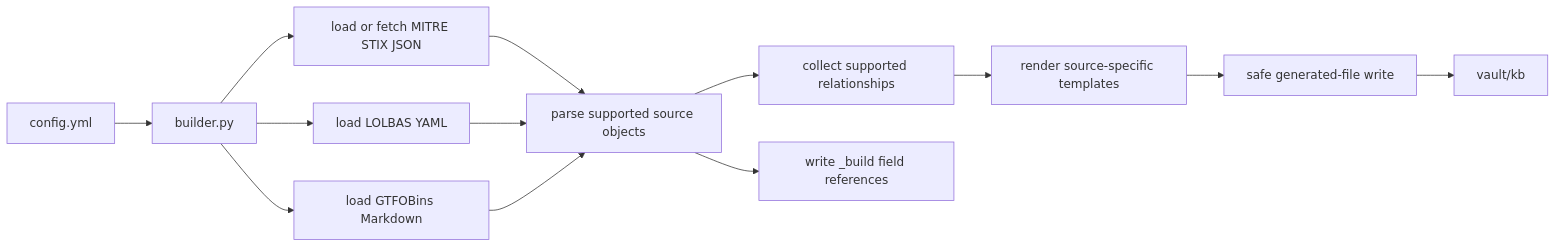
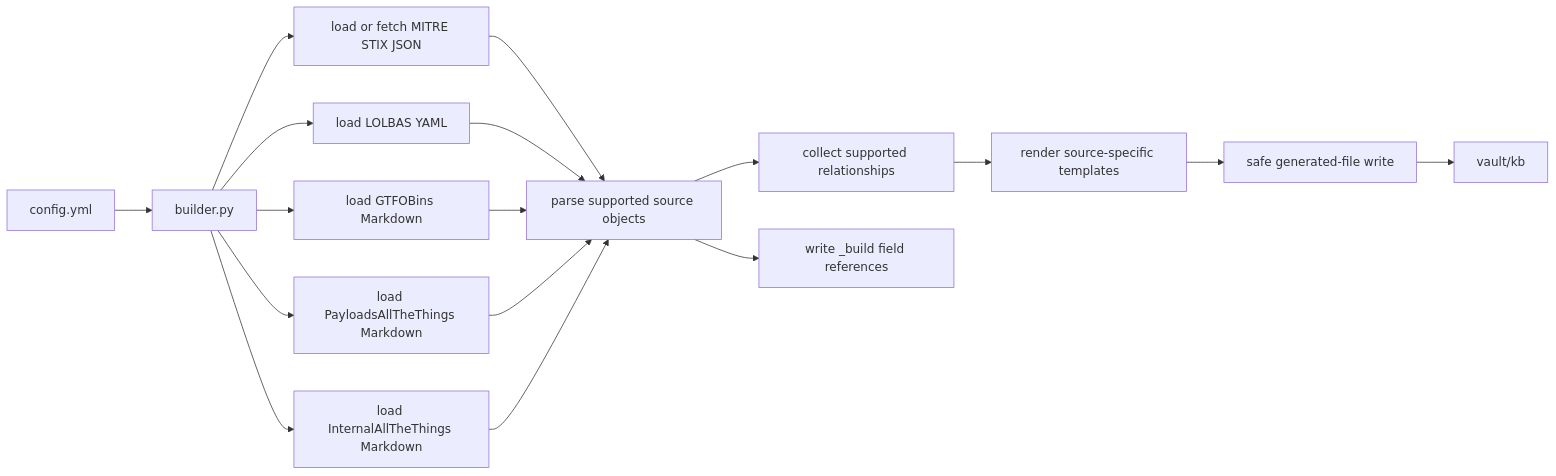
Before and after one commit to scorchederf/focuslocust: the diagram in README.md, drawn with Mermaid. The commit also changed other lines of this file and 21 other files, not shown here.

Commit message:
payloads and internal allthethings added, documenation updated

````diff
--- a/README.md
+++ b/README.md
@@ -43,15 +47,19 @@
 ```mermaid
 flowchart LR
     Config[config.yml] --> CLI[builder.py]
     CLI --> MITRE[load or fetch MITRE STIX JSON]
     CLI --> LOLBAS[load LOLBAS YAML]
     CLI --> GTFOBins[load GTFOBins Markdown]
+    CLI --> PATT[load PayloadsAllTheThings Markdown]
+    CLI --> IATT[load InternalAllTheThings Markdown]
     MITRE --> Parser[parse supported source objects]
     LOLBAS --> Parser
     GTFOBins --> Parser
+    PATT --> Parser
+    IATT --> Parser
     Parser --> Relations[collect supported relationships]
     Relations --> Render[render source-specific templates]
     Render --> Safety[safe generated-file write]
     Safety --> Vault[vault/kb]
     Parser --> BuildRefs[write _build field references]
 ```
````
